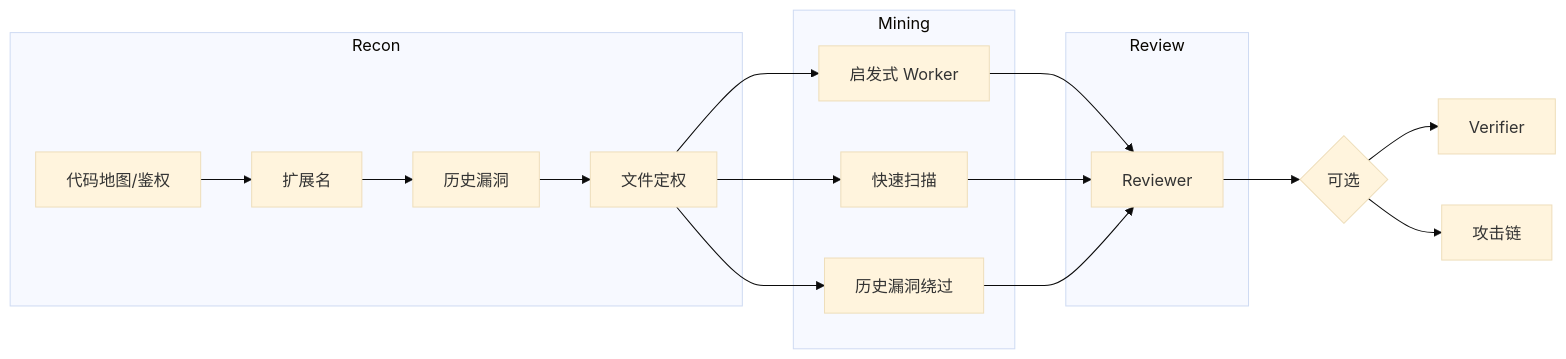
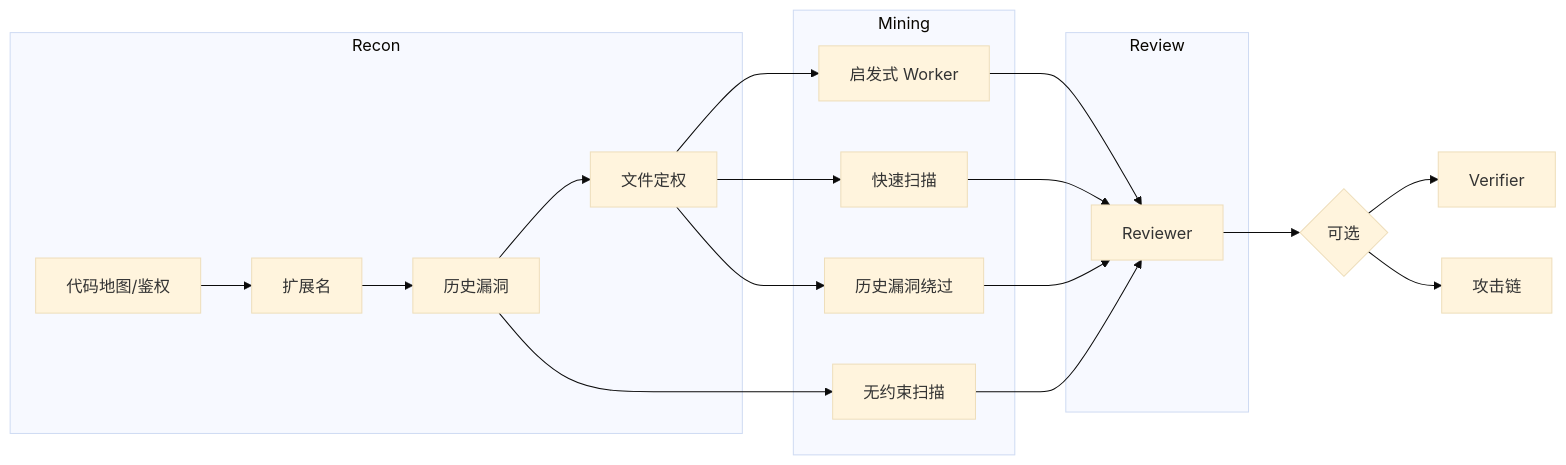
One commit to 1diot9/VulnHunter-White changed the diagram in docs/DESIGN.md. Above: the diagram before and after it, drawn with Mermaid (base theme). The commit also changed other lines of this file and 40 other files, not shown here.

````diff
--- a/docs/DESIGN.md
+++ b/docs/DESIGN.md
@@ -408,21 +421,23 @@
 ```mermaid
 flowchart LR
   subgraph Recon
     A[代码地图/鉴权] --> B[扩展名]
     B --> C[历史漏洞]
     C --> D[文件定权]
   end
   subgraph Mining
     D --> E[启发式 Worker]
     D --> F[快速扫描]
     D --> G[历史漏洞绕过]
+    C --> U[无约束扫描]
   end
   subgraph Review
     E --> H[Reviewer]
     F --> H
     G --> H
+    U --> H
   end
   H --> I{可选}
   I --> J[Verifier]
   I --> K[攻击链]
 ```
````
